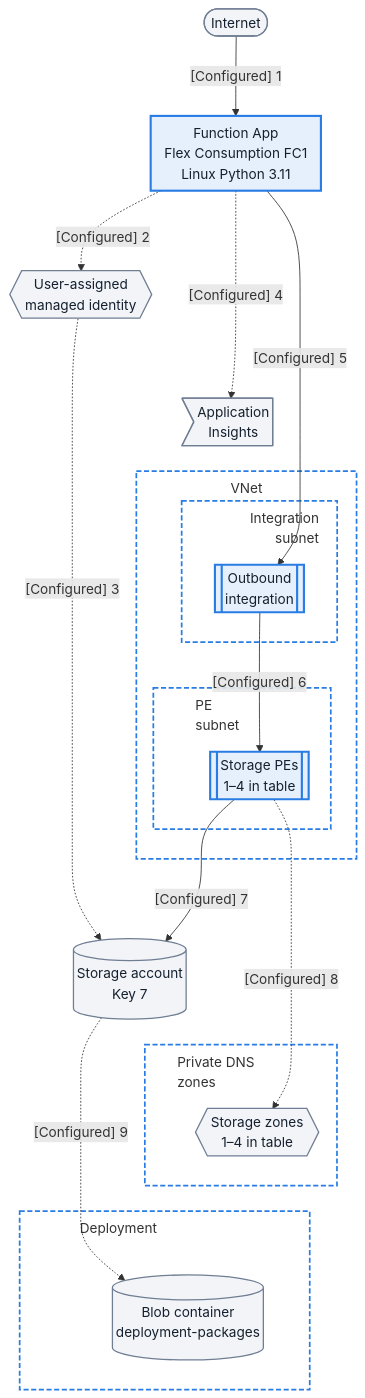
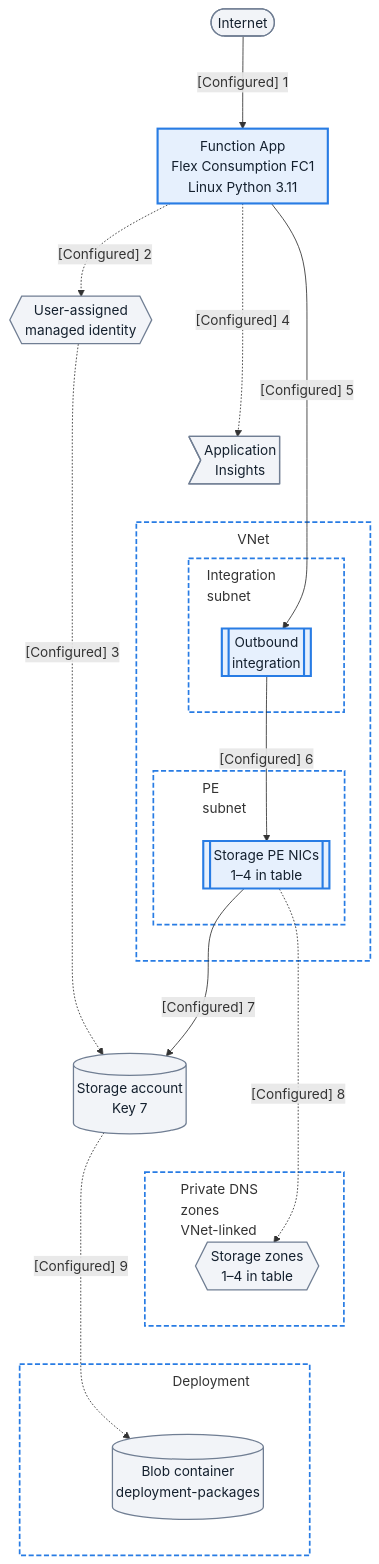
Before and after one commit to yeongseon/azure-functions-practical-guide: the first of 2 diagrams in docs/language-guides/python/tutorial/flex-consumption/05-infrastructure-as-code.md, drawn with Mermaid. The commit also changed other lines of this file and 4 other files, not shown here.

Commit message:
docs(diagrams): clear title crossings in Python infrastructure tutorial topologies (#613)

````diff
--- a/docs/language-guides/python/tutorial/flex-consumption/05-infrastructure-as-code.md
+++ b/docs/language-guides/python/tutorial/flex-consumption/05-infrastructure-as-code.md
@@ -68,40 +70,40 @@
 ```mermaid
-%%{init: {'flowchart': {'nodeSpacing': 10, 'rankSpacing': 70, 'padding': 8, 'subGraphTitleMargin': {'top': 8, 'bottom': 32}}}}%%
+%%{init: {'flowchart': {'nodeSpacing': 10, 'rankSpacing': 85, 'padding': 8, 'subGraphTitleMargin': {'top': 8, 'bottom': 32}}}}%%
 flowchart TD
     accTitle: Python Flex Consumption FC1 infrastructure topology
-    accDescr: Linux Python 3.11 is this template's default. Public HTTPS ingress is separate from outbound integration to four storage private endpoints. User-assigned identity and RBAC authorize storage; they are not data-transit hops. The example uses a Blob deployment container and disables shared keys, not a universal Flex authentication requirement or deployment proof.
+    accDescr: Private endpoints are network interfaces in the PE subnet and Private DNS zones are VNet-linked. Linux Python 3.11 is this template's default. Public HTTPS ingress is separate from outbound integration to four storage private endpoints. User-assigned identity and RBAC authorize storage; they are not data-transit hops. The example uses a Blob deployment container and disables shared keys, not a universal Flex authentication requirement or deployment proof.
     INET([Internet]) -->|"[Configured] 1"| FA["Function App<br/>Flex Consumption FC1<br/>Linux Python 3.11"]
     FA -.->|"[Configured] 2"| UAMI{{"User-assigned<br/>managed identity"}}
     UAMI -.->|"[Configured] 3"| ST[("Storage account<br/>Key 7")]
     FA -.->|"[Configured] 4"| AI>"Application<br/>Insights"]
     FA -->|"[Configured] 5"| INT
     subgraph VNET["VNet"]
-        subgraph INT_SUB["<div style='width:140px;text-align:right'>Integration<br/>subnet</div>"]
+        subgraph INT_SUB["<div style='width:140px;text-align:left'>Integration<br/>subnet</div>"]
             INT[["Outbound<br/>integration"]]
         end
         subgraph PE_SUB["<div style='width:110px;text-align:left'>PE<br/>subnet</div>"]
-            PE[["Storage PEs<br/>1–4 in table"]]
+            PE[["Storage PE NICs<br/>1–4 in table"]]
         end
     end
     INT -->|"[Configured] 6"| PE
     PE -->|"[Configured] 7"| ST
-    subgraph DNS["<div style='width:150px;text-align:left'>Private DNS<br/>zones</div>"]
+    subgraph DNS["<div style='width:150px;text-align:left'>Private DNS<br/>zones<br/>VNet-linked</div>"]
         ZONES{{"Storage zones<br/>1–4 in table"}}
     end
     PE -.->|"[Configured] 8"| ZONES
-    subgraph DEPLOY["<div style='width:200px;text-align:left'>Deployment</div>"]
+    subgraph DEPLOY["<div style='width:200px;text-align:right'>Deployment</div>"]
         BLOB_CTR[("Blob container<br/>deployment-packages")]
     end
     ST -.->|"[Configured] 9"| BLOB_CTR
     %% Layout-only tiers; add no data hops, dependencies or visible arrows.
     UAMI ~~~ AI
     AI ~~~ INT
     ST ~~~ ZONES
     ZONES ~~~ BLOB_CTR
     classDef baseNeutral fill:#f2f4f8,stroke:#707e93,stroke-width:1.5px,color:#14202e;
     classDef focusActive fill:#e6f0fd,stroke:#287ce4,stroke-width:2.5px,color:#14202e;
     classDef netBox fill:transparent,stroke:#287ce4,stroke-width:2px,stroke-dasharray:6 3;
     class INET,UAMI,AI,ST,ZONES,BLOB_CTR baseNeutral;
     class FA,INT,PE focusActive;
     class VNET,INT_SUB,PE_SUB,DNS,DEPLOY netBox;
 ```
````
